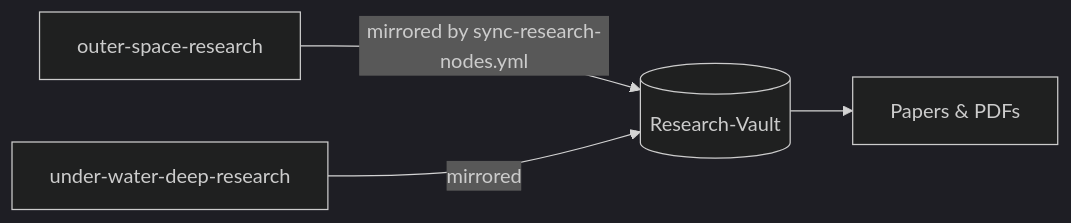
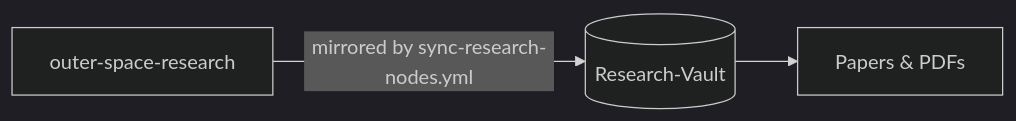
The diagram in docs/ARCHITECTURE.md (shiroonigami23-ui/outer-space-research), drawn with Mermaid (dark theme) before and after one commit. The commit also changed other lines of this file and 721 other files, not shown here.

First line of the commit message:
Encyclopedia v3: huge catalogs, research papers with PDF reader, sounds, charts and new navigation

````diff
--- a/docs/ARCHITECTURE.md
+++ b/docs/ARCHITECTURE.md
@@ -10,6 +10,5 @@
 ```mermaid
 flowchart LR
   OS[outer-space-research] -- mirrored by sync-research-nodes.yml --> RV[(Research-Vault)]
-  UW[under-water-deep-research] -- mirrored --> RV
   RV --> P[Papers & PDFs]
 ```
````
